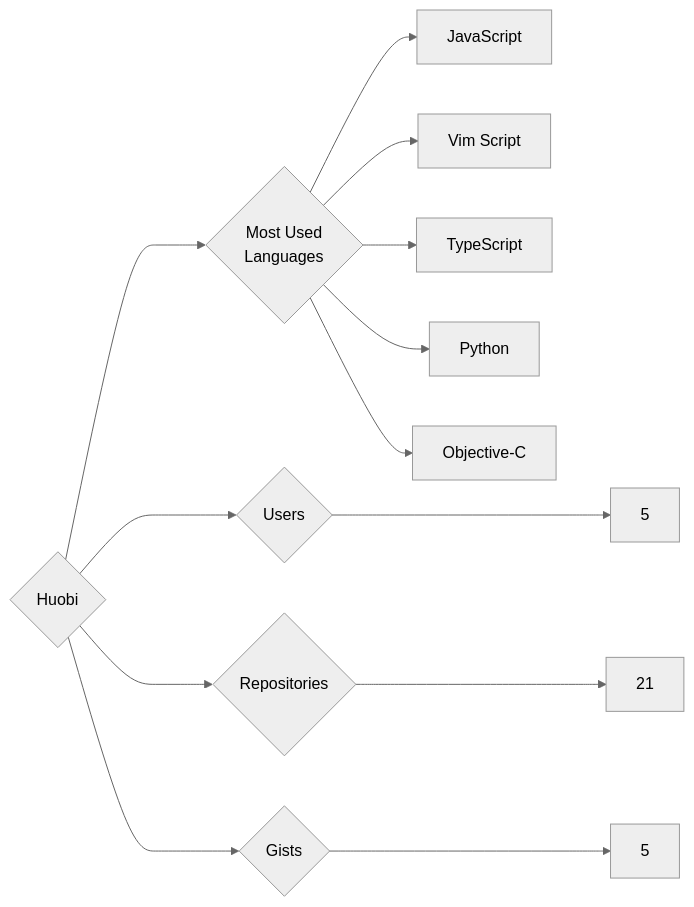
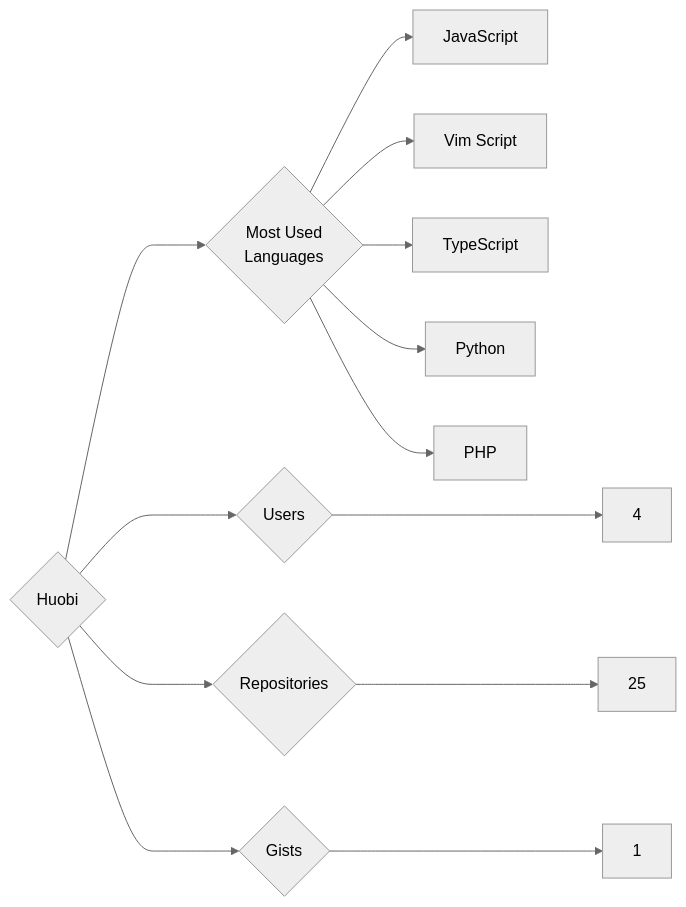
The diagram in targets/Huobi/README.md (trickest/insiders), drawn with Mermaid (neutral theme) before and after one commit. The commit also changed 840 other files, not shown here.

````diff
--- a/targets/Huobi/README.md
+++ b/targets/Huobi/README.md
@@ -3,13 +3,13 @@
 ```mermaid
 graph LR
 COMPANY_NAME{Huobi}
-COMPANY_NAME ---> U{Users} ---> UN[5]
-COMPANY_NAME ---> R{Repositories} ---> RN[21]
-COMPANY_NAME ---> G{Gists} ---> GN[5]
+COMPANY_NAME ---> U{Users} ---> UN[4]
+COMPANY_NAME ---> R{Repositories} ---> RN[25]
+COMPANY_NAME ---> G{Gists} ---> GN[1]
 COMPANY_NAME ---> ML{Most Used<br>Languages}
 ML --> JavaScript[JavaScript]
 ML --> Vim_Script[Vim Script]
 ML --> TypeScript[TypeScript]
 ML --> Python[Python]
-ML --> Objective-C[Objective-C]
+ML --> PHP[PHP]
 ```
````
